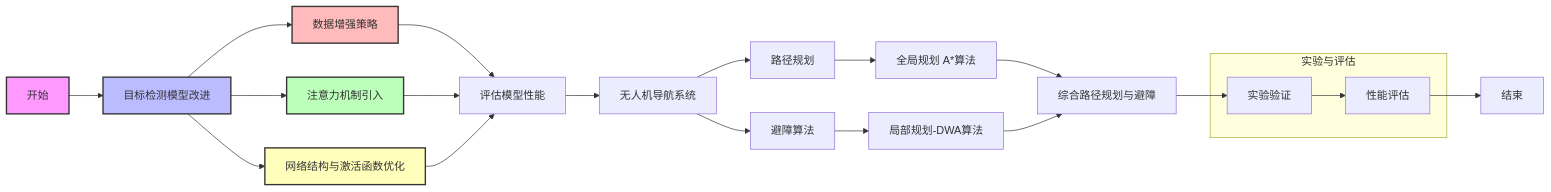
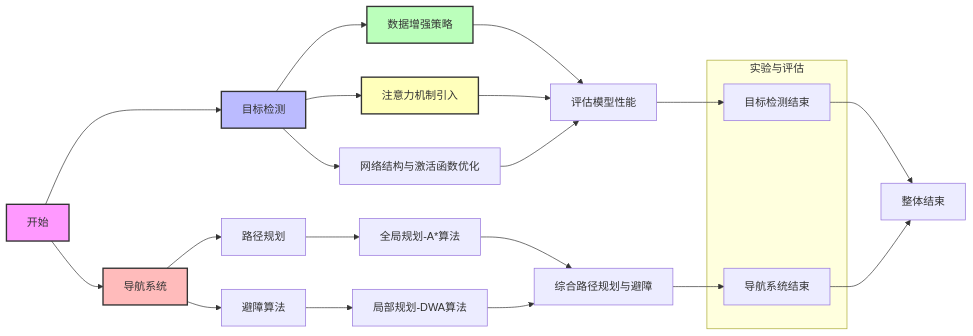
The diagram in all/未命名-1.md (1831380633/iodraw-files), drawn with Mermaid before and after one commit.

Commit message:
2024-12-18 14:56:50 update

````diff
--- a/all/未命名-1.md
+++ b/all/未命名-1.md
@@ -1,32 +1,36 @@
 ```mermaid
 graph LR
     style A fill:#f9f,stroke:#333,stroke-width:2px
     style B fill:#bbf,stroke:#333,stroke-width:2px
     style C fill:#fbb,stroke:#333,stroke-width:2px
     style D fill:#bfb,stroke:#333,stroke-width:2px
     style E fill:#ffb,stroke:#333,stroke-width:2px
 
-    A[开始] --> B[目标检测模型改进]
-    B --> C[数据增强策略]
-    B --> D[注意力机制引入]
-    B --> E[网络结构与激活函数优化]
-    C --> F[评估模型性能]
-    D --> F
-    E --> F
-    F --> G[无人机导航系统]
-    G --> H[路径规划]
-    G --> I[避障算法]
-    H --> J[全局规划 A*算法]
-    I --> K[局部规划-DWA算法]
-    J --> L[综合路径规划与避障]
-    K --> L
-    L --> M[实验验证]
-    M --> N[性能评估]
-    N --> O[结束]
+    A[开始] --> B[目标检测]
+    A --> C[导航系统]
+    
+    B --> D[数据增强策略]
+    B --> E[注意力机制引入]
+    B --> F[网络结构与激活函数优化]
+    D --> G[评估模型性能]
+    E --> G
+    F --> G
+    G --> H[目标检测结束]
+    
+    C --> I[路径规划]
+    C --> J[避障算法]
+    I --> K[全局规划-A*算法]
+    J --> L[局部规划-DWA算法]
+    K --> M[综合路径规划与避障]
+    L --> M
+    M --> N[导航系统结束]
+    
+    H --> O[整体结束]
+    N --> O
 
     subgraph 实验与评估
-        M
+        H
         N
     end
 
 ```
````
